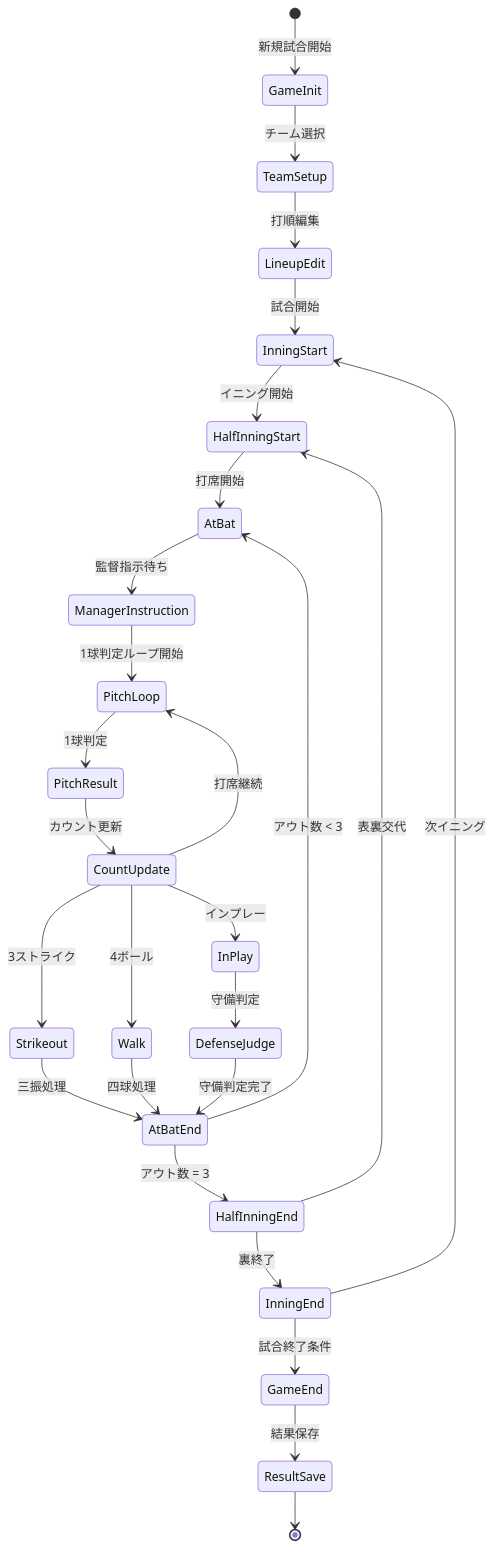
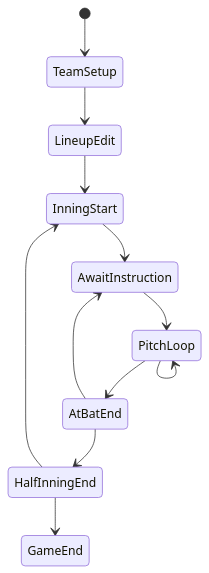
One commit to Sione/noraneko changed the second of 5 diagrams in .kiro/specs/text-based-baseball-manager/design.md. Above: the diagram before and after it, drawn with Mermaid. The commit also changed other lines of this file and 54 other files, not shown here.

````diff
--- a/.kiro/specs/text-based-baseball-manager/design.md
+++ b/.kiro/specs/text-based-baseball-manager/design.md
@@ -132,38 +102,14 @@
 ```mermaid
 stateDiagram-v2
-    [*] --> GameInit: 新規試合開始
-    GameInit --> TeamSetup: チーム選択
-    TeamSetup --> LineupEdit: 打順編集
-    LineupEdit --> InningStart: 試合開始
-    
-    InningStart --> HalfInningStart: イニング開始
-    HalfInningStart --> AtBat: 打席開始
-    
-    AtBat --> ManagerInstruction: 監督指示待ち
-    ManagerInstruction --> PitchLoop: 1球判定ループ開始
-    
-    PitchLoop --> PitchResult: 1球判定
-    PitchResult --> CountUpdate: カウント更新
-    
-    CountUpdate --> PitchLoop: 打席継続
-    CountUpdate --> Strikeout: 3ストライク
-    CountUpdate --> Walk: 4ボール
-    CountUpdate --> InPlay: インプレー
-    
-    Strikeout --> AtBatEnd: 三振処理
-    Walk --> AtBatEnd: 四球処理
-    InPlay --> DefenseJudge: 守備判定
-    DefenseJudge --> AtBatEnd: 守備判定完了
-    
-    AtBatEnd --> AtBat: アウト数 < 3
-    AtBatEnd --> HalfInningEnd: アウト数 = 3
-    
-    HalfInningEnd --> HalfInningStart: 表裏交代
-    HalfInningEnd --> InningEnd: 裏終了
-    
-    InningEnd --> InningStart: 次イニング
-    InningEnd --> GameEnd: 試合終了条件
-    
-    GameEnd --> ResultSave: 結果保存
-    ResultSave --> [*]
+  [*] --> TeamSetup
+  TeamSetup --> LineupEdit
+  LineupEdit --> InningStart
+  InningStart --> AwaitInstruction
+  AwaitInstruction --> PitchLoop
+  PitchLoop --> PitchLoop
+  PitchLoop --> AtBatEnd
+  AtBatEnd --> AwaitInstruction
+  AtBatEnd --> HalfInningEnd
+  HalfInningEnd --> InningStart
+  HalfInningEnd --> GameEnd
 ```
````
